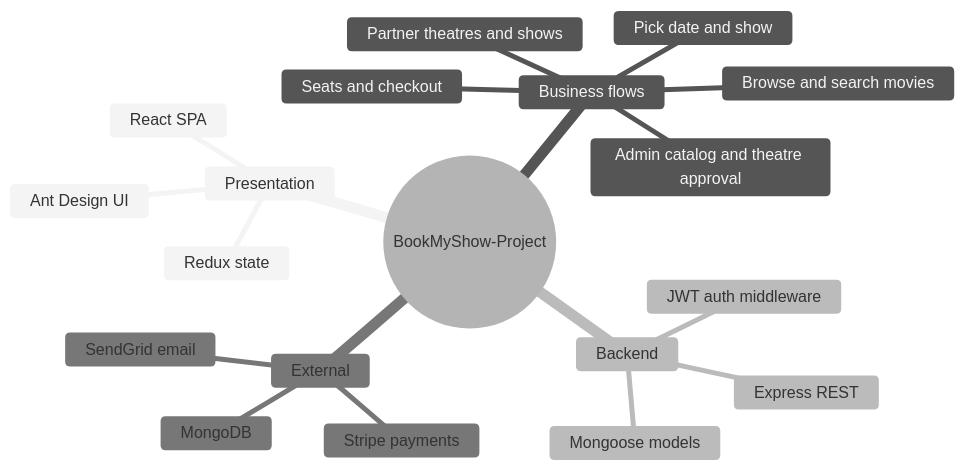
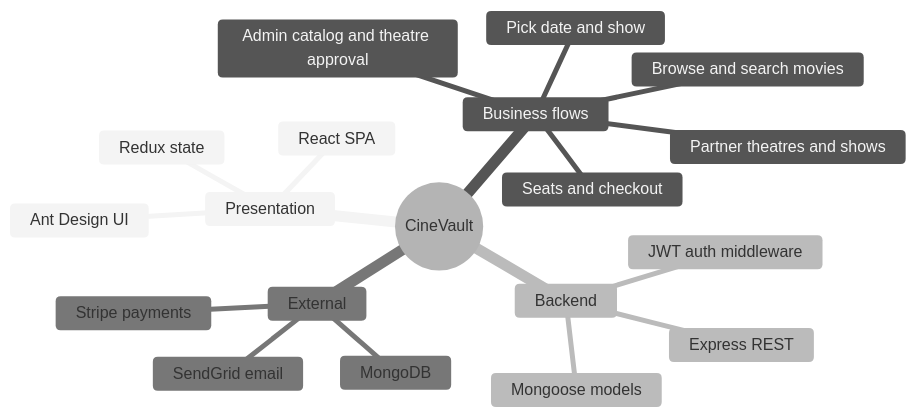
One commit to RajeevKhati/BookMyShowProject changed the sixth of 6 diagrams in PROJECT_OVERVIEW.md. Above: the diagram before and after it, drawn with Mermaid (neutral theme). The commit also changed other lines of this file and 12 other files, not shown here.

````diff
--- a/PROJECT_OVERVIEW.md
+++ b/PROJECT_OVERVIEW.md
@@ -273,22 +273,22 @@
 ```mermaid
 mindmap
-  root((BookMyShow-Project))
+  root((CineVault))
     Presentation
       React SPA
       Ant Design UI
       Redux state
     Business flows
       Browse and search movies
       Pick date and show
       Seats and checkout
       Admin catalog and theatre approval
       Partner theatres and shows
     Backend
       Express REST
       JWT auth middleware
       Mongoose models
     External
       MongoDB
       Stripe payments
       SendGrid email
 ```
````
